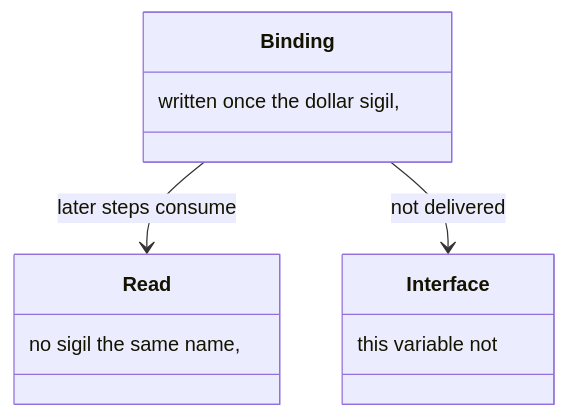
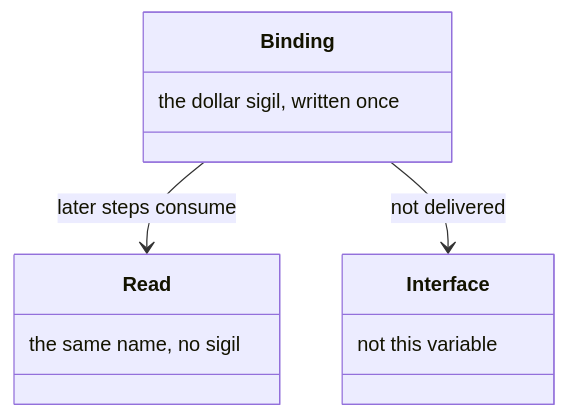
The sixth of 14 diagrams in docs/technique.md (m2ux/workflow-server), drawn with Mermaid before and after one commit. The commit also changed other lines of this file and 10 other files, not shown here.

Commit message:
Write each class-box note in reading order so the diagram shows the phrase as written.

````diff
--- a/docs/technique.md
+++ b/docs/technique.md
@@ -169,14 +169,14 @@
 ```mermaid
 classDiagram
   class Binding {
-    written once the dollar sigil,
+    the dollar sigil, written once
   }
   class Read {
-    no sigil the same name,
+    the same name, no sigil
   }
   class Interface {
-    this variable not
+    not this variable
   }
   Binding --> Read : later steps consume
   Binding --> Interface : not delivered
 ```
````
